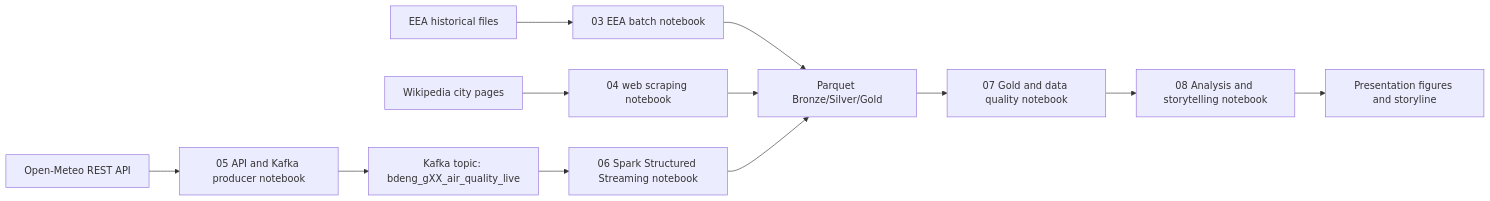
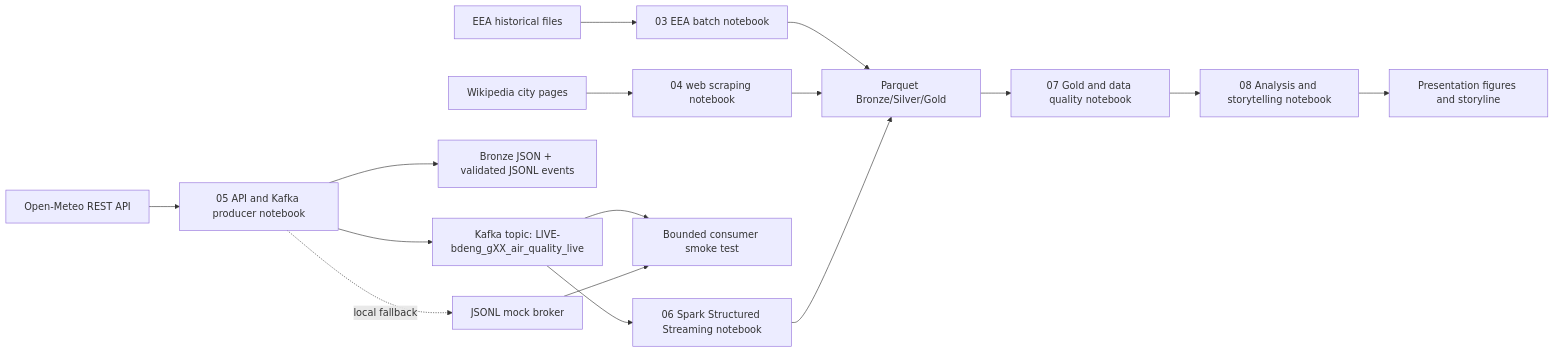
The diagram in docs/diagrams/architecture.mmd (OnlyMajorG/euro-air-quality-pipeline), drawn with Mermaid before and after one commit. The commit also changed 12 other files, not shown here.

```diff
--- a/docs/diagrams/architecture.mmd
+++ b/docs/diagrams/architecture.mmd
@@ -1,12 +1,16 @@
 flowchart LR
     EEA["EEA historical files"] --> N03["03 EEA batch notebook"]
     WIKI["Wikipedia city pages"] --> N04["04 web scraping notebook"]
     API["Open-Meteo REST API"] --> N05["05 API and Kafka producer notebook"]
-    N05 --> KAFKA["Kafka topic: bdeng_gXX_air_quality_live"]
+    N05 --> RAW["Bronze JSON + validated JSONL events"]
+    N05 --> KAFKA["Kafka topic: LIVE-bdeng_gXX_air_quality_live"]
+    N05 -. "local fallback" .-> MOCK["JSONL mock broker"]
+    KAFKA --> EVIDENCE["Bounded consumer smoke test"]
+    MOCK --> EVIDENCE
     KAFKA --> N06["06 Spark Structured Streaming notebook"]
     N03 --> PARQUET["Parquet Bronze/Silver/Gold"]
     N04 --> PARQUET
     N06 --> PARQUET
     PARQUET --> N07["07 Gold and data quality notebook"]
     N07 --> N08["08 Analysis and storytelling notebook"]
     N08 --> PRES["Presentation figures and storyline"]
```
